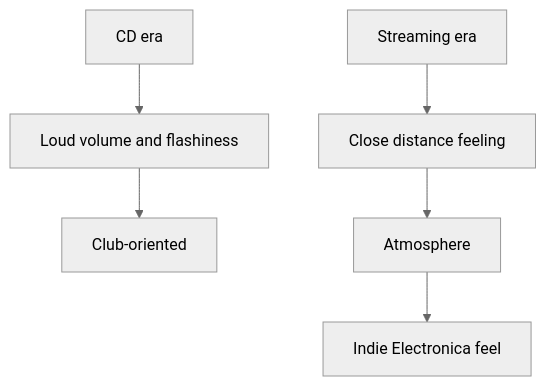
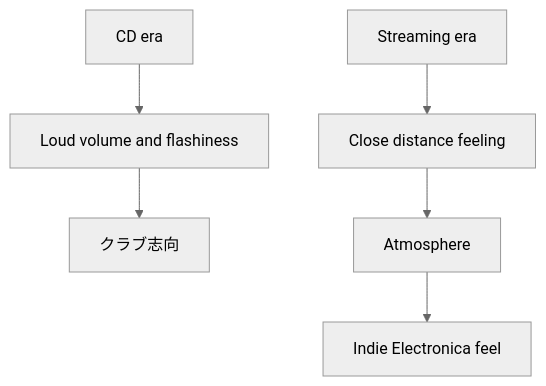
Before and after one commit to monumental-movement/monumental-movement.github.io: the third of 17 diagrams in en/_posts/2026-05-24-column-k-pop-indie-electronica.md, drawn with Mermaid (neutral theme). The commit also changed other lines of this file and 1012 other files, not shown here.

```diff
--- a/en/_posts/2026-05-24-column-k-pop-indie-electronica.md
+++ b/en/_posts/2026-05-24-column-k-pop-indie-electronica.md
@@ -123,9 +123,9 @@
 <div class="mermaid">
 flowchart TD
 A["CD era"] --> B["Loud volume and flashiness"]
-B --> C["Club-oriented"]
+B --> C["クラブ志向"]
 
 D["Streaming era"] --> E["Close distance feeling"]
 E --> F["Atmosphere"]
 F --> G["Indie Electronica feel"]
 </div>
```
